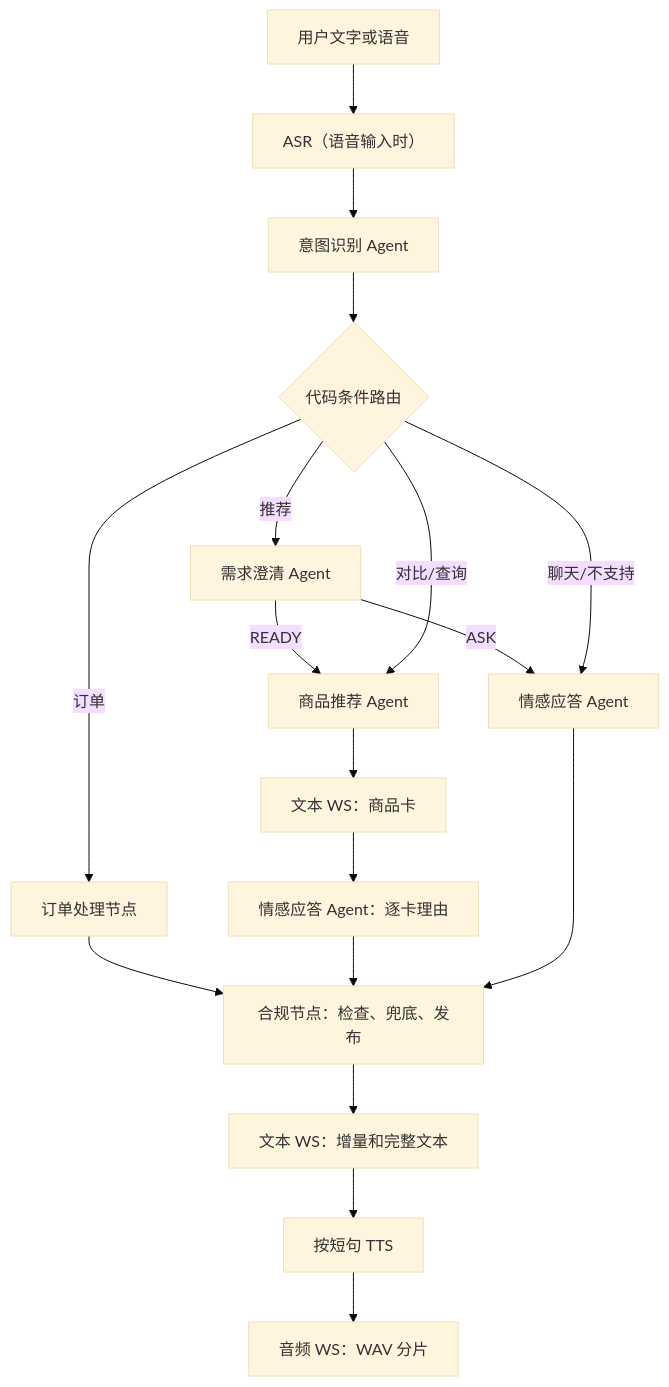
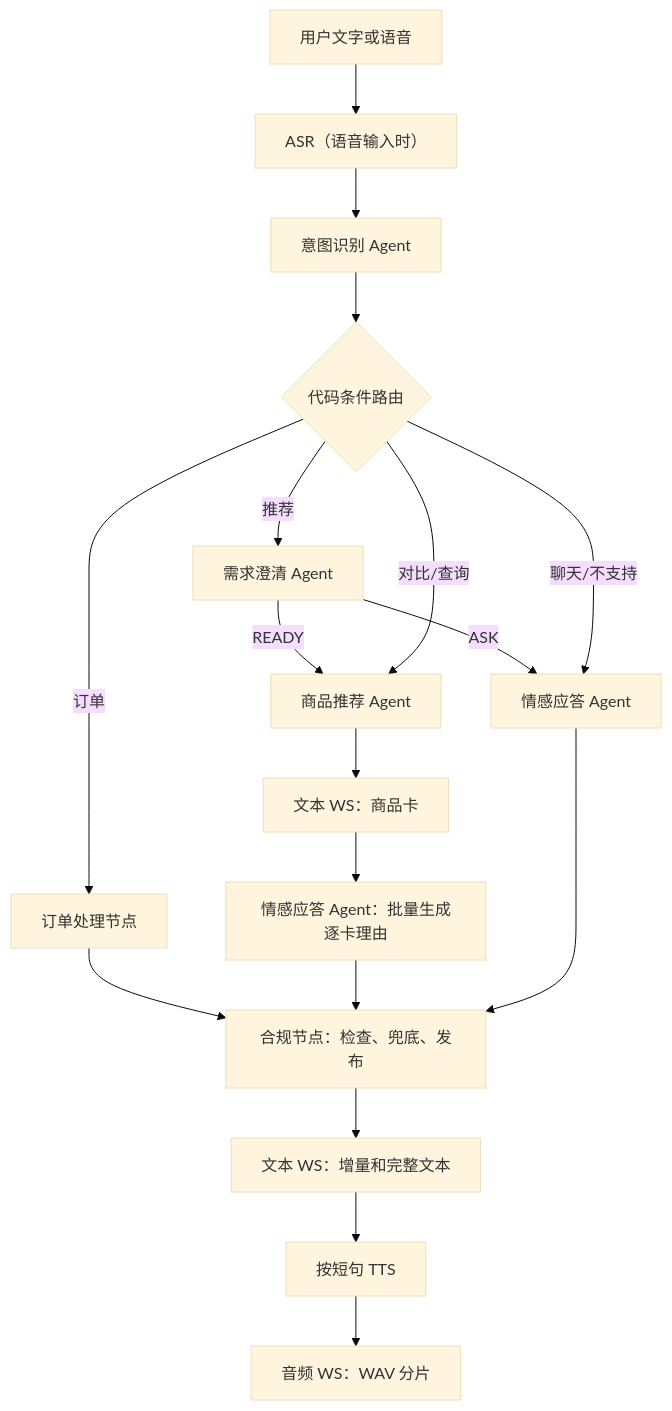
One commit to ivaris03/voice-shopping-agents changed the diagram in docs/requirements.md. Above: the diagram before and after it, drawn with Mermaid (base theme). The commit also changed other lines of this file and 21 other files, not shown here.

````diff
--- a/docs/requirements.md
+++ b/docs/requirements.md
@@ -106,20 +106,20 @@
 ```mermaid
 flowchart TD
     A["用户文字或语音"] --> B["ASR（语音输入时）"]
     B --> C["意图识别 Agent"]
     C --> D{"代码条件路由"}
     D -->|推荐| E["需求澄清 Agent"]
     E -->|ASK| H["情感应答 Agent"]
     E -->|READY| F["商品推荐 Agent"]
     D -->|对比/查询| F
     D -->|订单| G["订单处理节点"]
     D -->|聊天/不支持| H
     F --> I["文本 WS：商品卡"]
-    I --> J["情感应答 Agent：逐卡理由"]
+    I --> J["情感应答 Agent：批量生成逐卡理由"]
     G --> K["合规节点：检查、兜底、发布"]
     J --> K
     H --> K
     K --> L["文本 WS：增量和完整文本"]
     L --> M["按短句 TTS"]
     M --> N["音频 WS：WAV 分片"]
 ```
````
